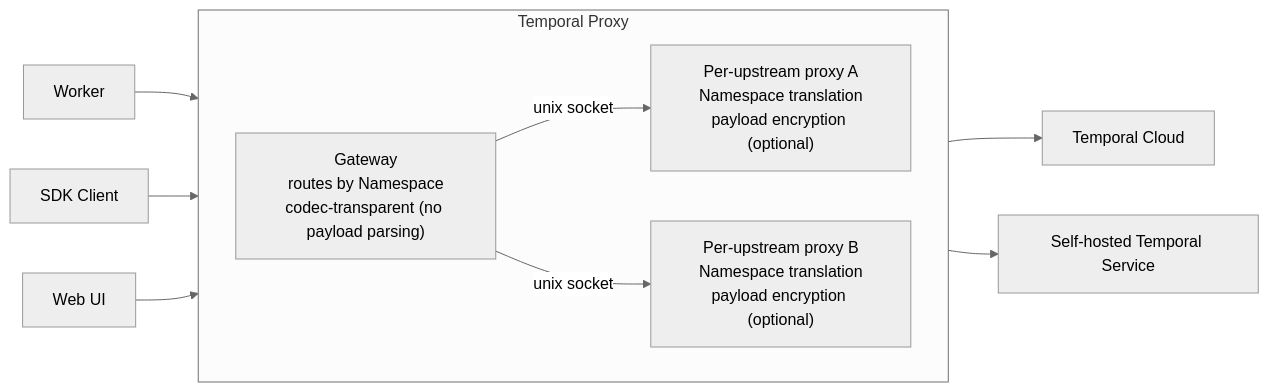
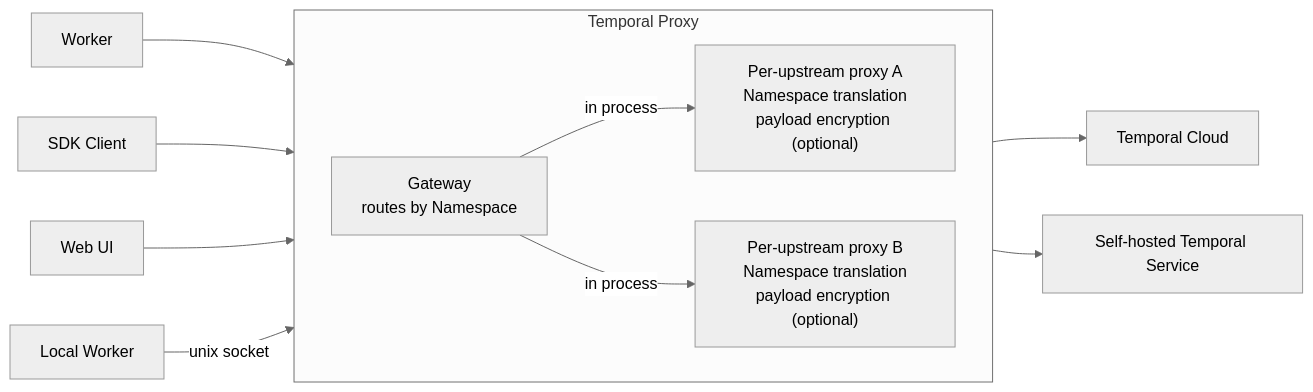
Before and after one commit to temporalio/temporal-proxy: the diagram in README.md, drawn with Mermaid (neutral theme). The commit also changed other lines of this file and 14 other files, not shown here.

````diff
--- a/README.md
+++ b/README.md
@@ -32,24 +32,26 @@
 ```mermaid
   flowchart LR
     Worker[Worker]
     Client[SDK Client]
     UI[Web UI]
 
     subgraph Proxy[Temporal Proxy]
         direction LR
-        Gateway["Gateway<br/>routes by Namespace<br/>codec-transparent (no payload parsing)"]
+        Gateway["Gateway<br/>routes by Namespace"]
         ProxyA["Per-upstream proxy A<br/>Namespace translation<br/>payload encryption (optional)"]
         ProxyB["Per-upstream proxy B<br/>Namespace translation<br/>payload encryption (optional)"]
-        Gateway -->|unix socket| ProxyA
-        Gateway -->|unix socket| ProxyB
+        Gateway -->|in process| ProxyA
+        Gateway -->|in process| ProxyB
     end
 
     Cloud[Temporal Cloud]
     SelfHosted[Self-hosted Temporal Service]
+    LocalWorker[Local Worker]
 
     Worker --> Gateway
     Client --> Gateway
     UI --> Gateway
+    LocalWorker -->|unix socket| ProxyA
     ProxyA --> Cloud
     ProxyB --> SelfHosted
 ```
````
